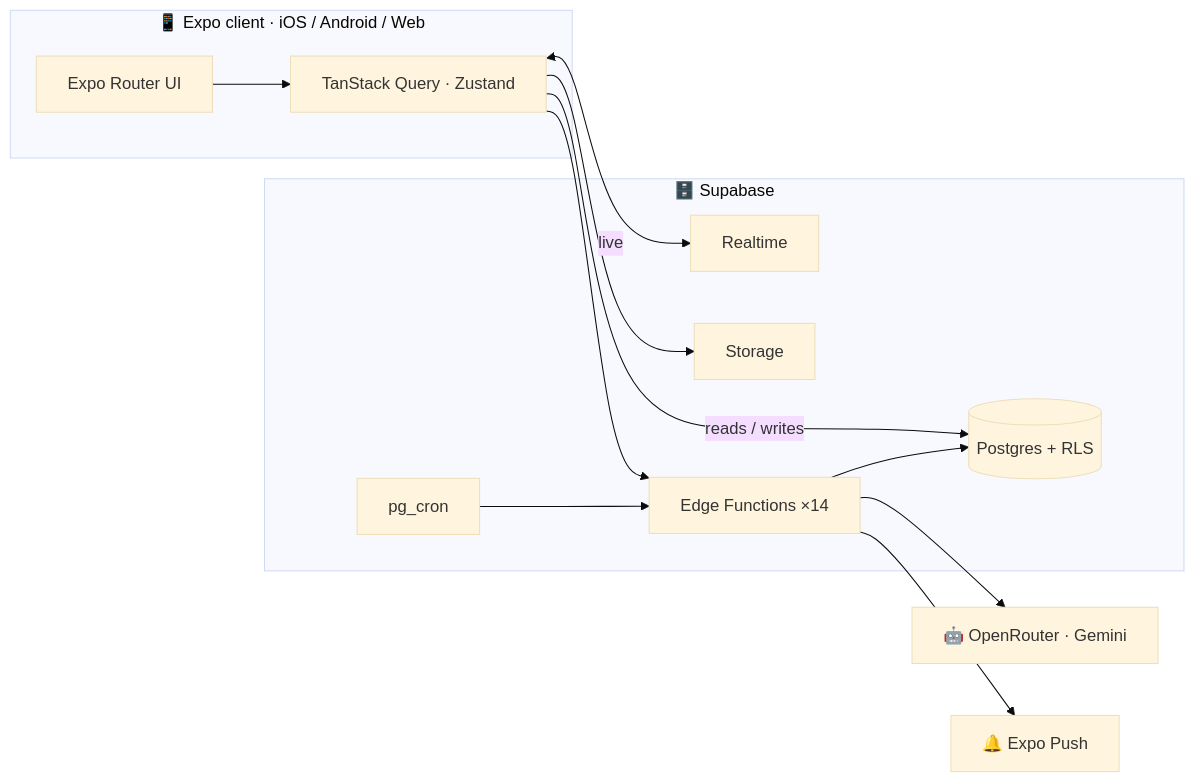
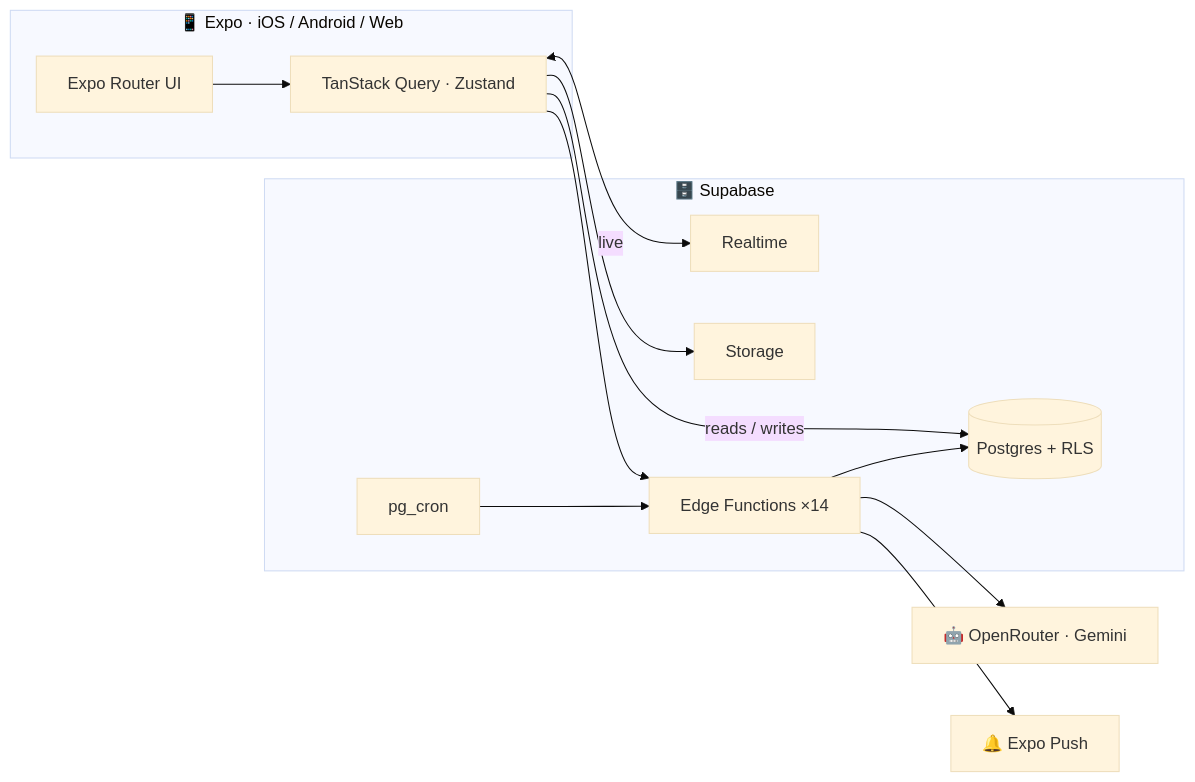
Before and after one commit to Ak2556/echo-mobile: the diagram in README.md, drawn with Mermaid (base theme). The commit also changed other lines of this file and 5 other files, not shown here.

````diff
--- a/README.md
+++ b/README.md
@@ -53,27 +70,25 @@
 ```mermaid
 flowchart LR
-  subgraph Client["📱 Expo client · iOS / Android / Web"]
+  subgraph Client["📱 Expo · iOS / Android / Web"]
     UI["Expo Router UI"]
     State["TanStack Query · Zustand"]
   end
-
   subgraph Supabase["🗄️ Supabase"]
     PG[("Postgres + RLS")]
     RT["Realtime"]
     ST["Storage"]
     EF["Edge Functions ×14"]
     CRON["pg_cron"]
   end
-
   AI["🤖 OpenRouter · Gemini"]
   Push["🔔 Expo Push"]
 
   UI --> State
   State -->|reads / writes| PG
   State <-->|live| RT
   State --> ST
   State --> EF
   EF --> AI
   EF --> PG
   CRON --> EF --> Push
 ```
````
